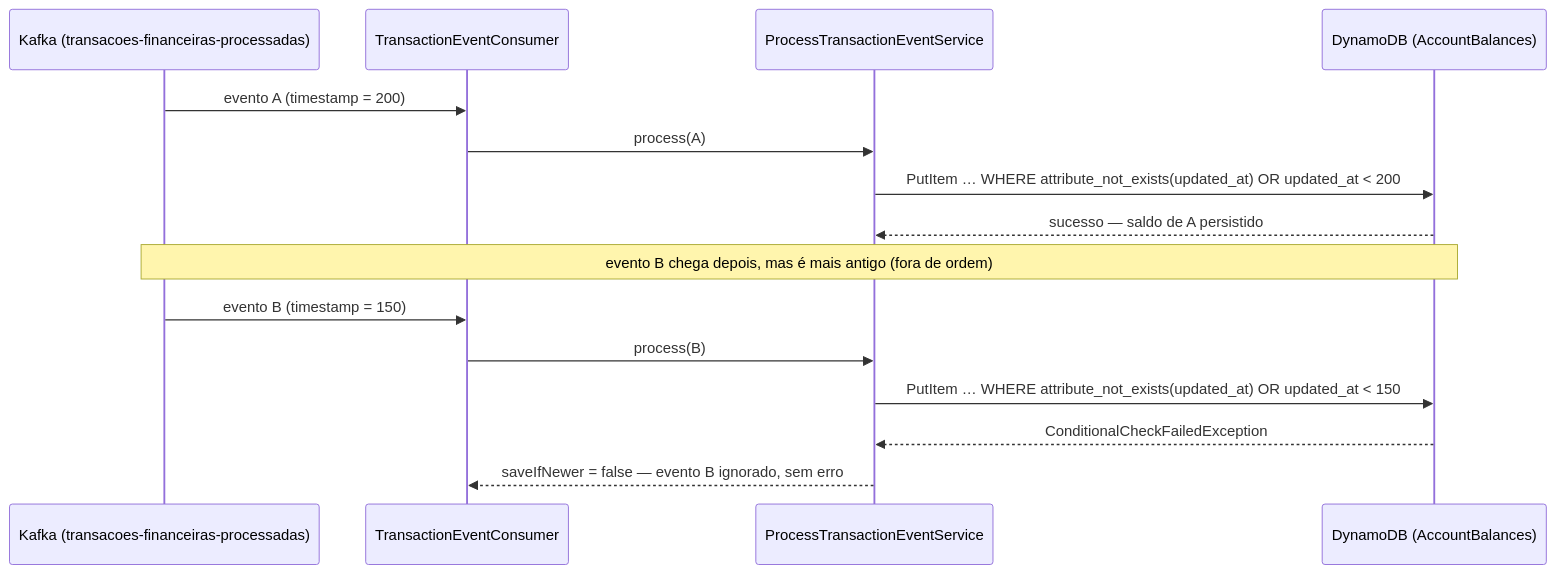
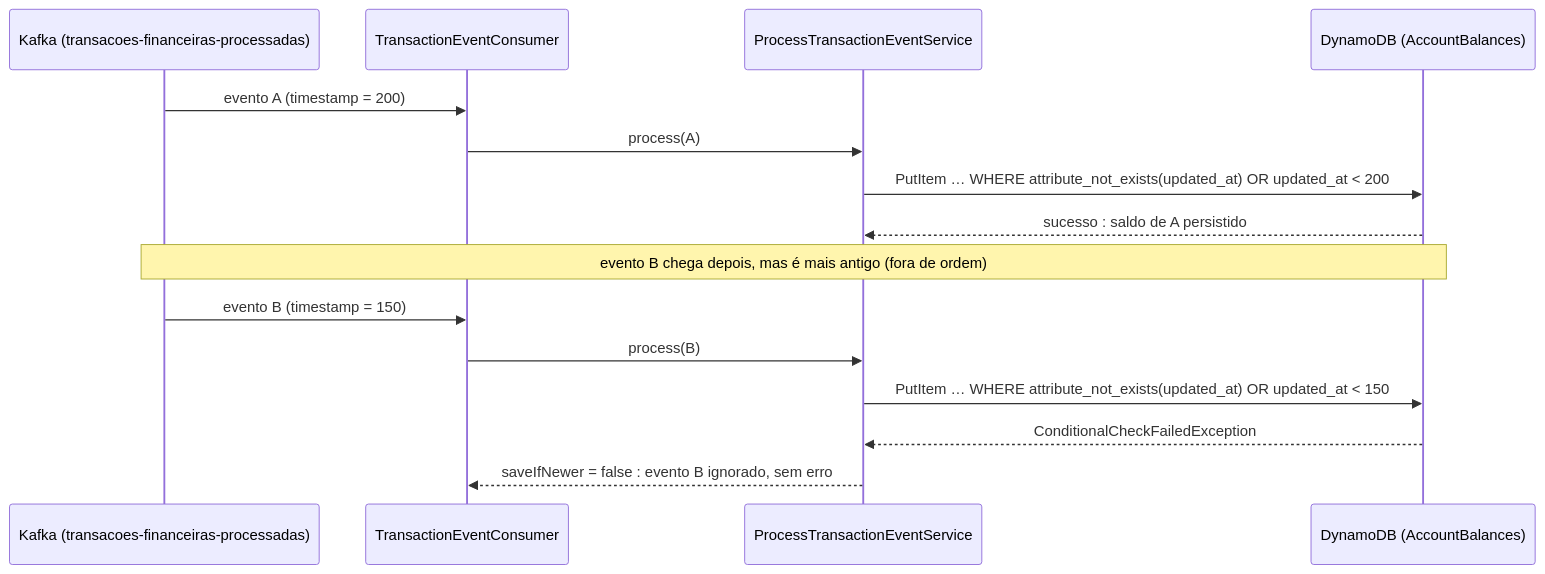
Before and after one commit to fabricioenric/itau-code-challenge-core-banking: the third of 3 diagrams in README.md, drawn with Mermaid. The commit also changed other lines of this file, not shown here.

````diff
--- a/README.md
+++ b/README.md
@@ -225,19 +225,19 @@
 ```mermaid
 sequenceDiagram
     participant K as Kafka (transacoes-financeiras-processadas)
     participant C as TransactionEventConsumer
     participant S as ProcessTransactionEventService
     participant D as DynamoDB (AccountBalances)
 
     K->>C: evento A (timestamp = 200)
     C->>S: process(A)
     S->>D: PutItem … WHERE attribute_not_exists(updated_at) OR updated_at < 200
-    D-->>S: sucesso — saldo de A persistido
+    D-->>S: sucesso : saldo de A persistido
 
     Note over K,D: evento B chega depois, mas é mais antigo (fora de ordem)
     K->>C: evento B (timestamp = 150)
     C->>S: process(B)
     S->>D: PutItem … WHERE attribute_not_exists(updated_at) OR updated_at < 150
     D-->>S: ConditionalCheckFailedException
-    S-->>C: saveIfNewer = false — evento B ignorado, sem erro
+    S-->>C: saveIfNewer = false : evento B ignorado, sem erro
 ```
````
